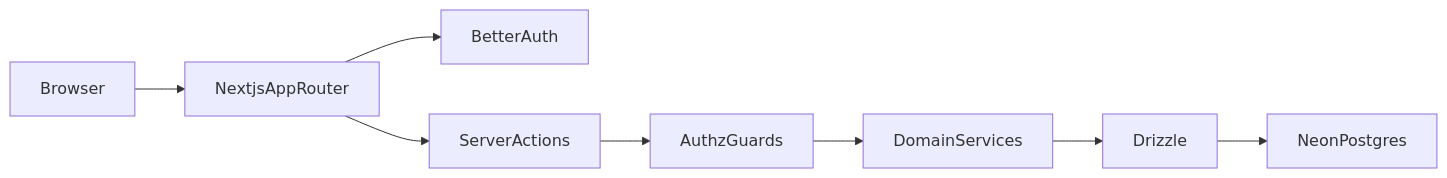
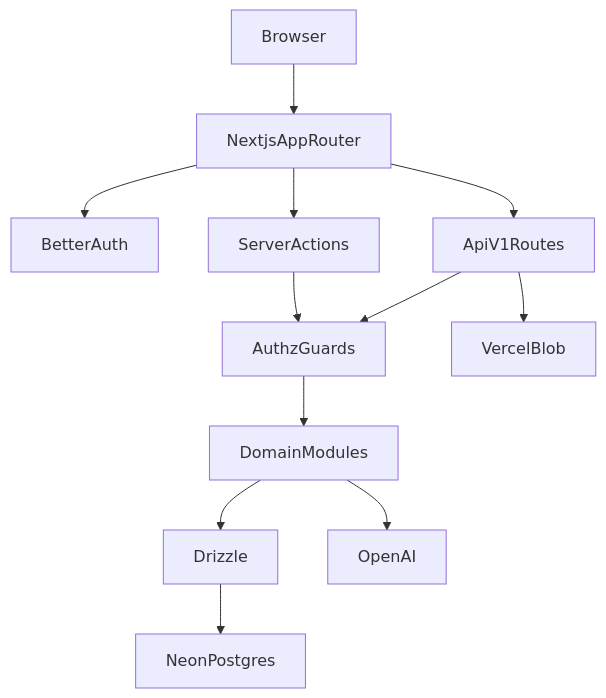
Before and after one commit to izarrar124-svg/doxcta-procure: the diagram in docs/ARCHITECTURE.md, drawn with Mermaid. The commit also changed other lines of this file and 85 other files, not shown here.

````diff
--- a/docs/ARCHITECTURE.md
+++ b/docs/ARCHITECTURE.md
@@ -14,10 +13,14 @@
 ```mermaid
-flowchart LR
+flowchart TB
   browser[Browser] --> next[NextjsAppRouter]
   next --> betterAuth[BetterAuth]
   next --> actions[ServerActions]
+  next --> api[ApiV1Routes]
   actions --> authz[AuthzGuards]
-  authz --> services[DomainServices]
-  services --> drizzle[Drizzle]
+  api --> authz
+  authz --> domain[DomainModules]
+  domain --> drizzle[Drizzle]
   drizzle --> neon[NeonPostgres]
+  api --> blob[VercelBlob]
+  domain --> openai[OpenAI]
 ```
````
